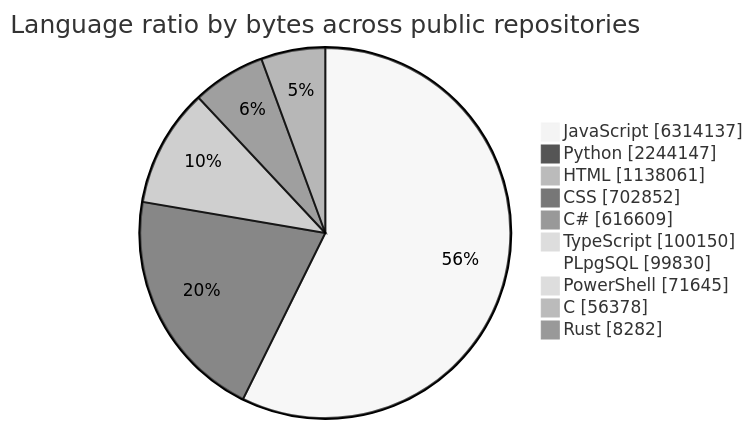
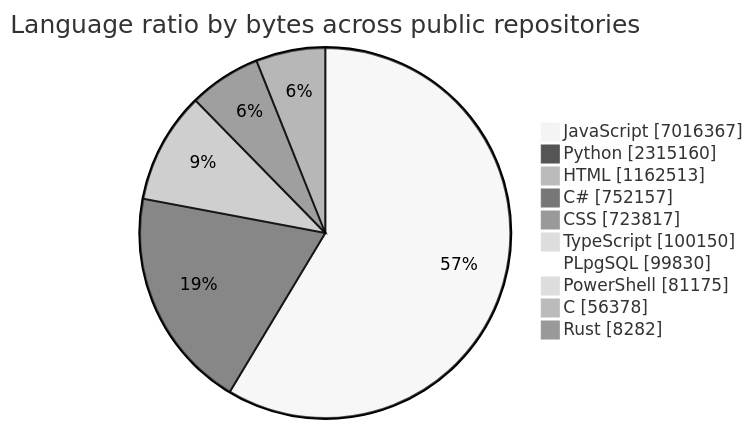
The first of 2 diagrams in README.md (tchinso/tchinso), drawn with Mermaid (neutral theme) before and after one commit. The commit also changed other lines of this file, not shown here.

````diff
--- a/README.md
+++ b/README.md
@@ -27,14 +27,14 @@
 ```mermaid
 pie showData
     title Language ratio by bytes across public repositories
-    "JavaScript" : 6314137
-    "Python" : 2244147
-    "HTML" : 1138061
-    "CSS" : 702852
-    "C#" : 616609
+    "JavaScript" : 7016367
+    "Python" : 2315160
+    "HTML" : 1162513
+    "C#" : 752157
+    "CSS" : 723817
     "TypeScript" : 100150
     "PLpgSQL" : 99830
-    "PowerShell" : 71645
+    "PowerShell" : 81175
     "C" : 56378
     "Rust" : 8282
 ```
````
